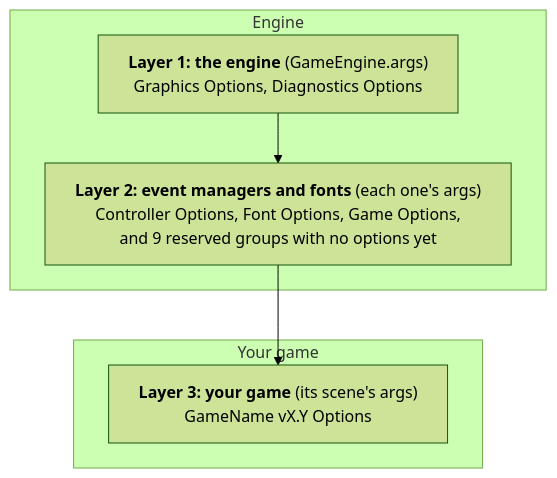
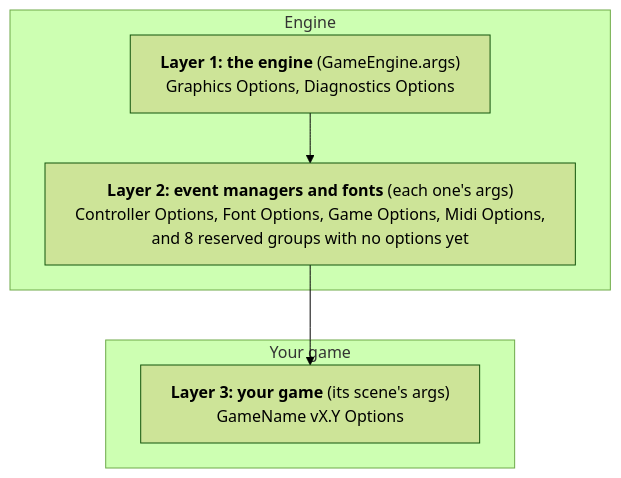
Before and after one commit to terrysimons/glitchygames: the second of 4 diagrams in docs/architecture/argument_system.md, drawn with Mermaid (forest theme). The commit also changed other lines of this file and 38 other files, not shown here.

````diff
--- a/docs/architecture/argument_system.md
+++ b/docs/architecture/argument_system.md
@@ -48,12 +48,12 @@
 ```mermaid
 %%{init: {"flowchart": {"wrappingWidth": 500}}}%%
 flowchart TB
     subgraph ENGINE_ARGUMENT_LAYERS["Engine"]
         L1["<b>Layer 1: the engine</b> (GameEngine.args)<br/>Graphics Options, Diagnostics Options"]
-        L2["<b>Layer 2: event managers and fonts</b> (each one's args)<br/>Controller Options, Font Options, Game Options,<br/>and 9 reserved groups with no options yet"]
+        L2["<b>Layer 2: event managers and fonts</b> (each one's args)<br/>Controller Options, Font Options, Game Options, Midi Options,<br/>and 8 reserved groups with no options yet"]
     end
     subgraph GAME_ARGUMENT_LAYERS["Your game"]
         L3["<b>Layer 3: your game</b> (its scene's args)<br/>GameName vX.Y Options"]
     end
     L1 --> L2 --> L3
 ```
````
